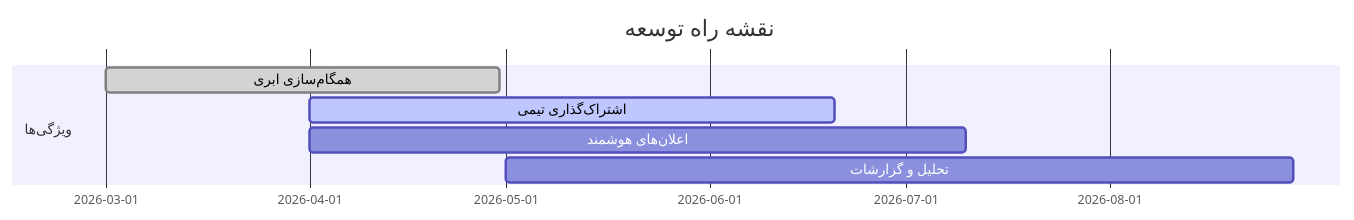
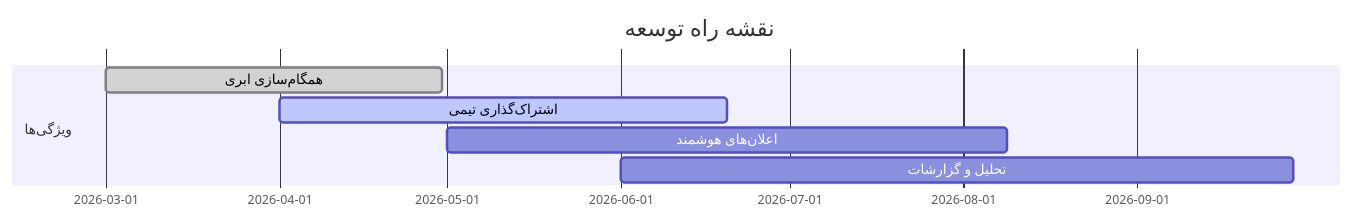
The ninth of 9 diagrams in README.md (ShayanHajibagher/TaskFlow-Pro), drawn with Mermaid before and after one commit.

````diff
--- a/README.md
+++ b/README.md
@@ -665,10 +665,10 @@
 ```mermaid
 gantt
     title نقشه راه توسعه
     dateFormat  YYYY-MM-DD
     section ویژگی‌ها
     همگام‌سازی ابری        :done, cloud, 2026-03-01, 60d
     اشتراک‌گذاری تیمی      :active, team, 2026-04-01, 80d
-    اعلان‌های هوشمند       :notif, 2026-04-01, 100d
-    تحلیل و گزارشات        :analytics, 2026-05-01, 120d
+    اعلان‌های هوشمند       :notif, 2026-05-01, 100d
+    تحلیل و گزارشات        :analytics, 2026-06-01, 120d
 ```
````
